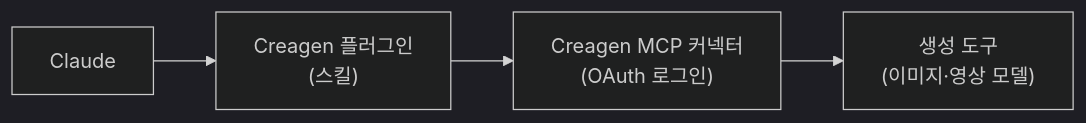
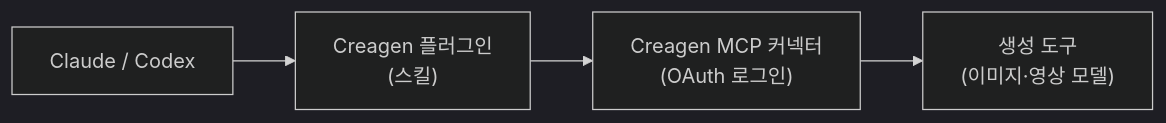
Before and after one commit to pioncorp/creagen-plugin: the diagram in README.ko.md, drawn with Mermaid (dark theme). The commit also changed other lines of this file and 4 other files, not shown here.

````diff
--- a/README.ko.md
+++ b/README.ko.md
@@ -69,6 +80,6 @@
 ```mermaid
 flowchart LR
-  A["Claude"] --> B["Creagen 플러그인<br/>(스킬)"]
+  A["Claude / Codex"] --> B["Creagen 플러그인<br/>(스킬)"]
   B --> C["Creagen MCP 커넥터<br/>(OAuth 로그인)"]
   C --> D["생성 도구<br/>(이미지·영상 모델)"]
 ```
````
